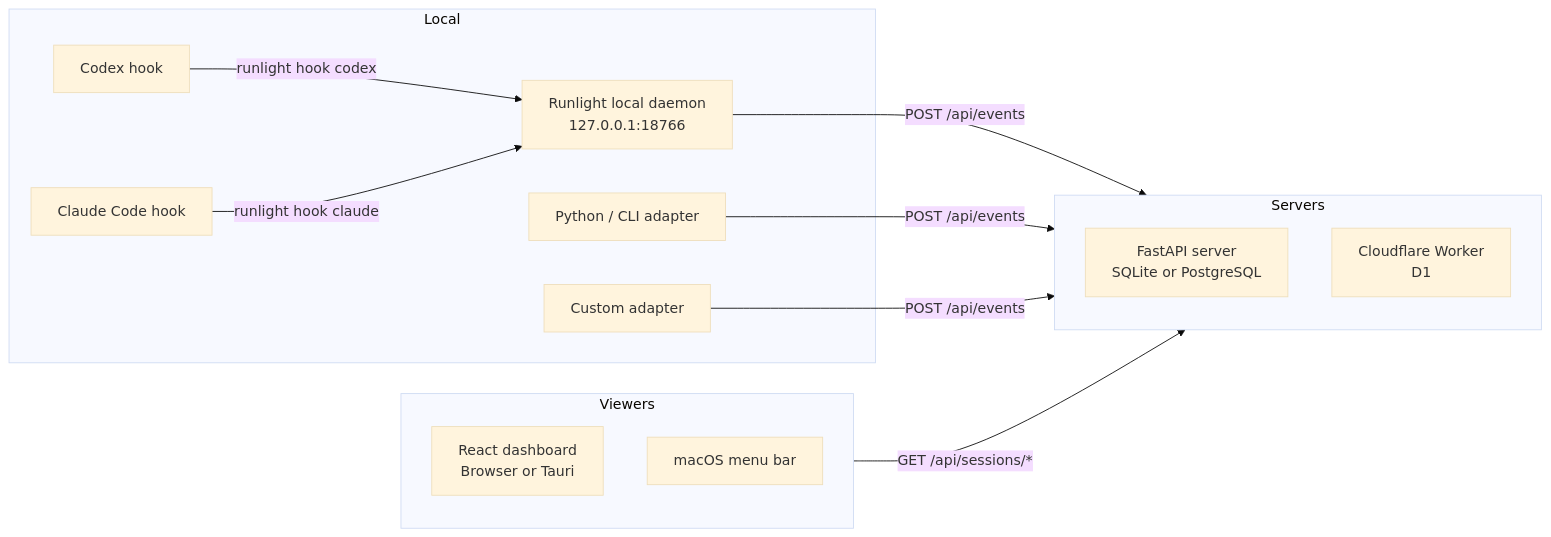
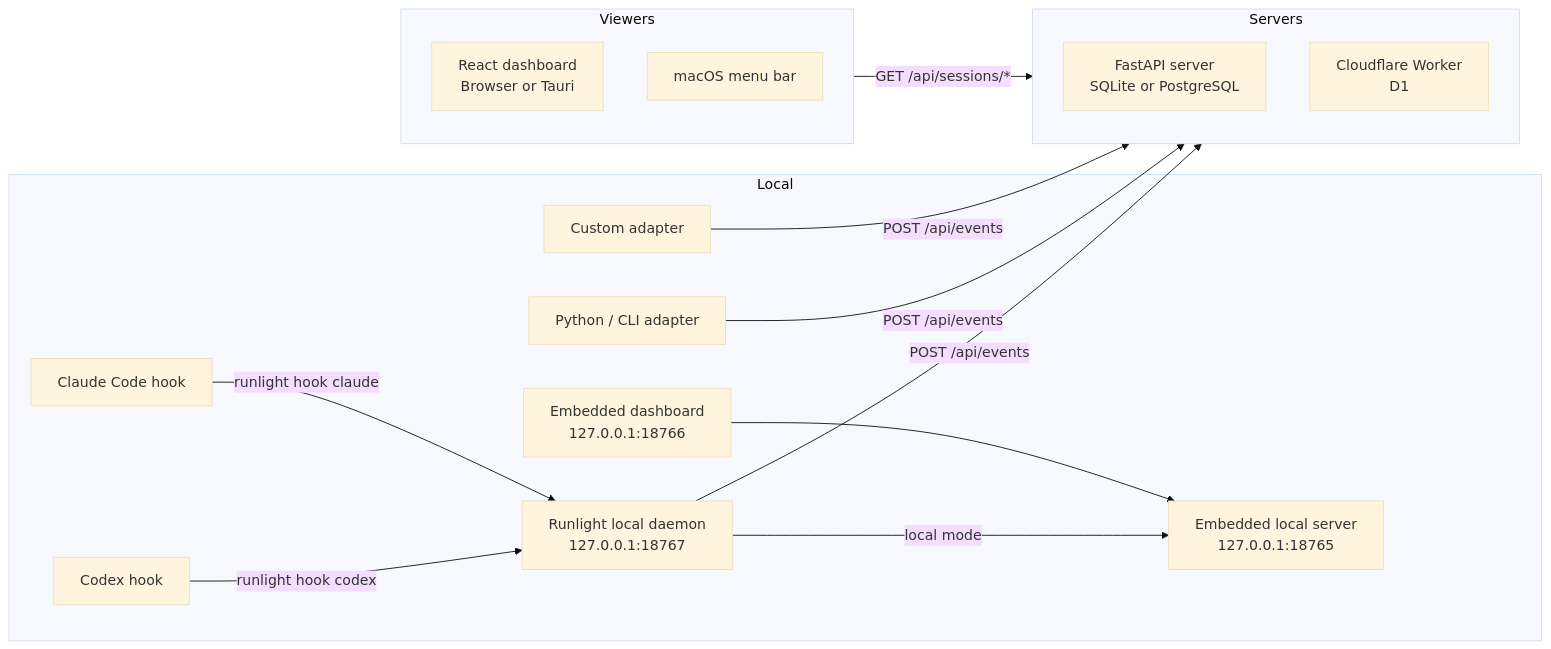
One commit to Renaissance-Mind/Runlight changed the diagram in README.md. Above: the diagram before and after it, drawn with Mermaid (base theme). The commit also changed other lines of this file and 18 other files, not shown here.

````diff
--- a/README.md
+++ b/README.md
@@ -54,27 +55,31 @@
 ```mermaid
 flowchart LR
   subgraph Local
     Codex["Codex hook"]
     Claude["Claude Code hook"]
-    Daemon["Runlight local daemon<br/>127.0.0.1:18766"]
+    Daemon["Runlight local daemon<br/>127.0.0.1:18767"]
+    LocalServer["Embedded local server<br/>127.0.0.1:18765"]
+    LocalDashboard["Embedded dashboard<br/>127.0.0.1:18766"]
     Python["Python / CLI adapter"]
     Custom["Custom adapter"]
   end
 
   subgraph Servers
     FastAPI["FastAPI server<br/>SQLite or PostgreSQL"]
     Worker["Cloudflare Worker<br/>D1"]
   end
 
   subgraph Viewers
     Dashboard["React dashboard<br/>Browser or Tauri"]
     Menubar["macOS menu bar"]
   end
 
   Codex -->|"runlight hook codex"| Daemon
   Claude -->|"runlight hook claude"| Daemon
+  Daemon -->|"local mode"| LocalServer
+  LocalDashboard --> LocalServer
   Daemon -->|"POST /api/events"| Servers
   Python -->|"POST /api/events"| Servers
   Custom -->|"POST /api/events"| Servers
   Viewers -->|"GET /api/sessions/*"| Servers
 ```
````
